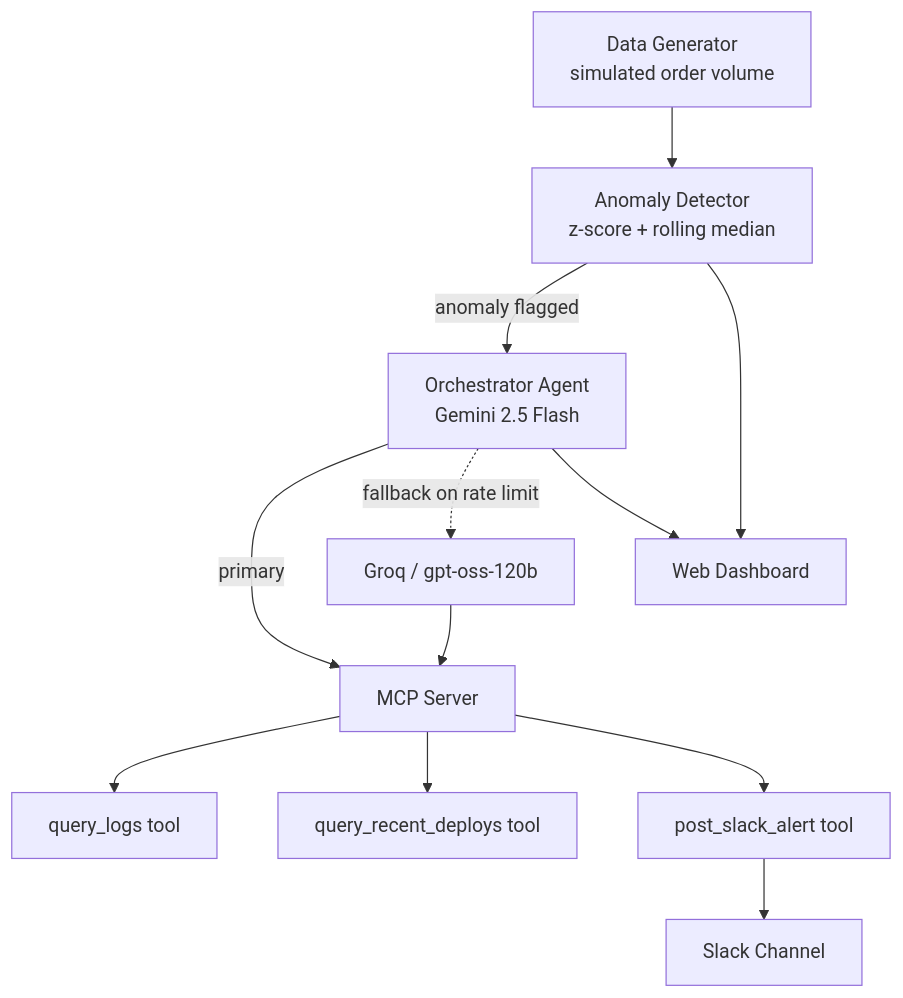
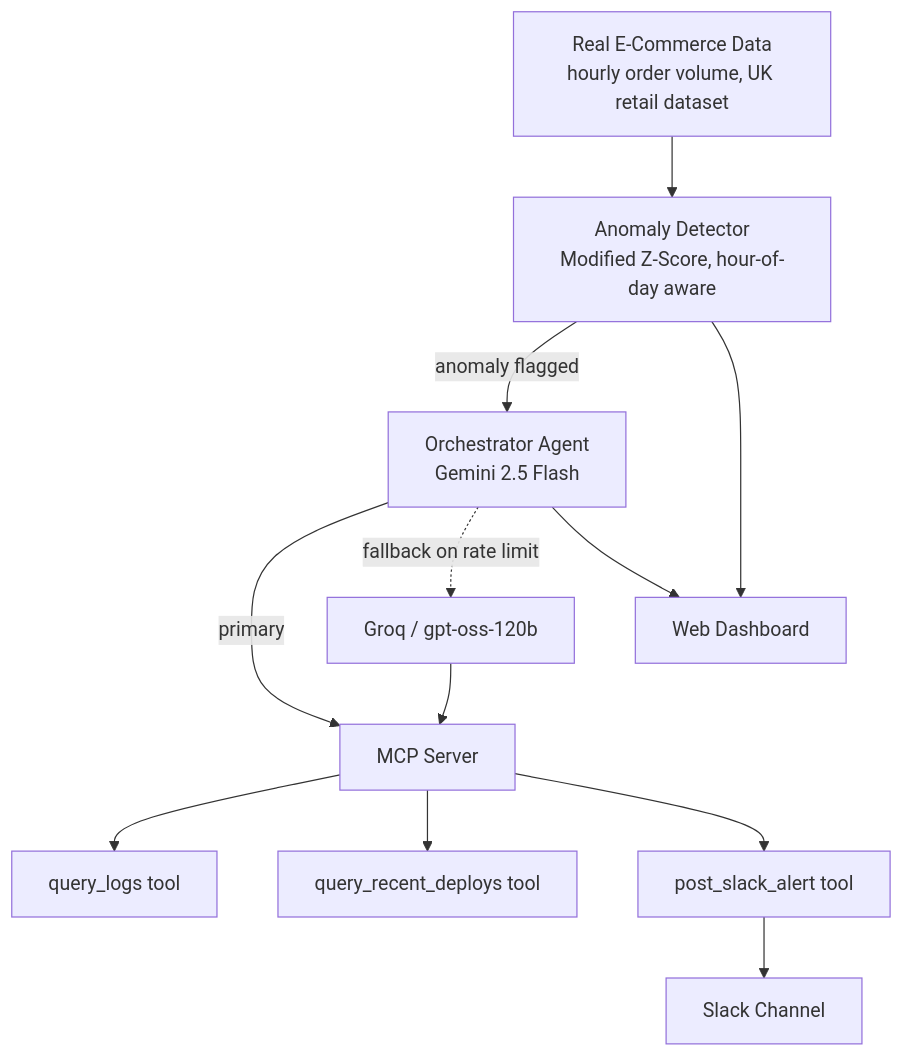
The diagram in README.md (Shreevarthini/anomaly-triage-agent), drawn with Mermaid before and after one commit. The commit also changed other lines of this file, not shown here.

Commit message:
Update README to reflect real data pipeline and seasonality-aware detection

````diff
--- a/README.md
+++ b/README.md
@@ -24,14 +27,14 @@
 ```mermaid
 flowchart TD
-    A[Data Generator<br/>simulated order volume] --> B[Anomaly Detector<br/>z-score + rolling median]
+    A[Real E-Commerce Data<br/>hourly order volume, UK retail dataset] --> B[Anomaly Detector<br/>Modified Z-Score, hour-of-day aware]
     B -->|anomaly flagged| C[Orchestrator Agent<br/>Gemini 2.5 Flash]
     C -->|primary| D[MCP Server]
     C -.fallback on rate limit.-> E[Groq / gpt-oss-120b]
     E --> D
     D --> F[query_logs tool]
     D --> G[query_recent_deploys tool]
     D --> H[post_slack_alert tool]
     H --> I[Slack Channel]
     C --> J[Web Dashboard]
     B --> J
 ```
````
